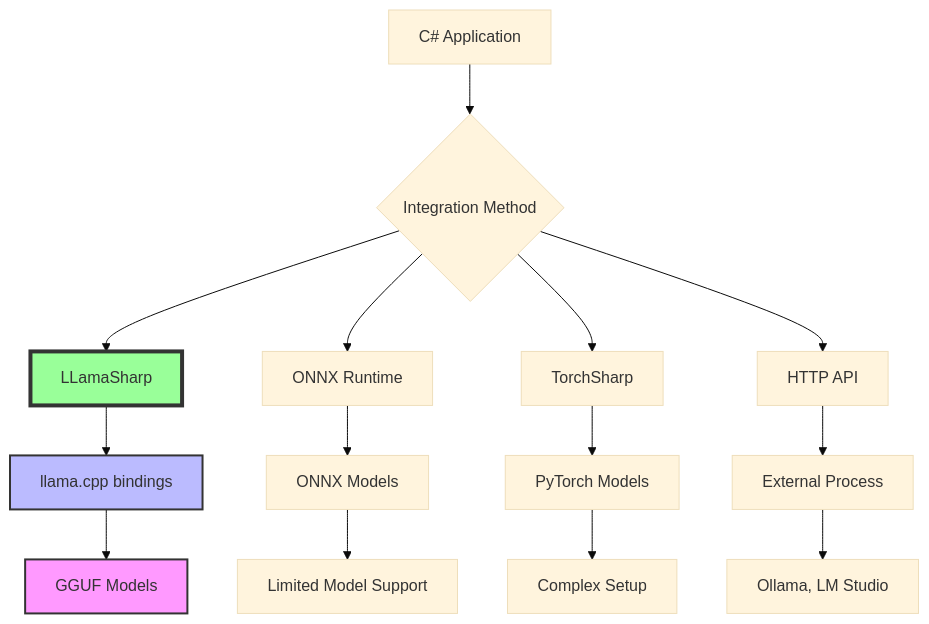
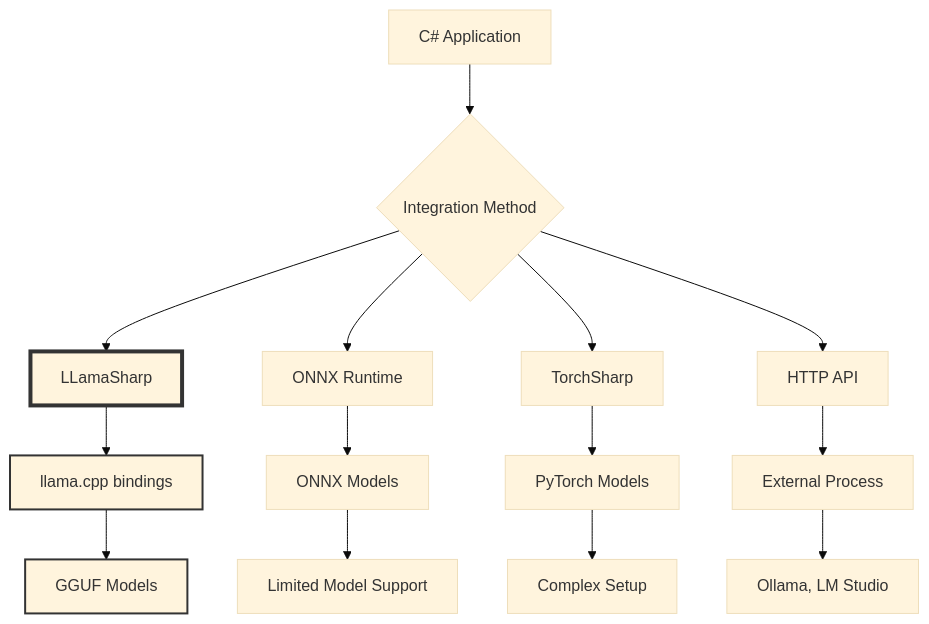
One commit to Shaddix/mostlylucidweb changed the first of 2 diagrams in Mostlylucid/Markdown/building-a-lawyer-gpt-for-your-blog-part6.md. Above: the diagram before and after it, drawn with Mermaid (base theme). The commit also changed other lines of this file and 7 other files, not shown here.

First line of the commit message:
Update Mermaid diagrams in Lawyer GPT series for dark mode compatibility

````diff
--- a/Mostlylucid/Markdown/building-a-lawyer-gpt-for-your-blog-part6.md
+++ b/Mostlylucid/Markdown/building-a-lawyer-gpt-for-your-blog-part6.md
@@ -38,25 +38,27 @@
 ```mermaid
 graph TB
     A[C# Application] --> B{Integration Method}
 
     B --> C[LLamaSharp]
     B --> D[ONNX Runtime]
     B --> E[TorchSharp]
     B --> F[HTTP API]
 
     C --> G[llama.cpp bindings]
     G --> H[GGUF Models]
 
     D --> I[ONNX Models]
     I --> J[Limited Model Support]
 
     E --> K[PyTorch Models]
     K --> L[Complex Setup]
 
     F --> M[External Process]
     M --> N[Ollama, LM Studio]
 
-    style C fill:#9f9,stroke:#333,stroke-width:4px
-    style G fill:#bbf,stroke:#333,stroke-width:2px
-    style H fill:#f9f,stroke:#333,stroke-width:2px
+    class C recommended
+    class G,H llamaSharp
+
+    classDef recommended stroke:#333,stroke-width:4px
+    classDef llamaSharp stroke:#333,stroke-width:2px
 ```
````
